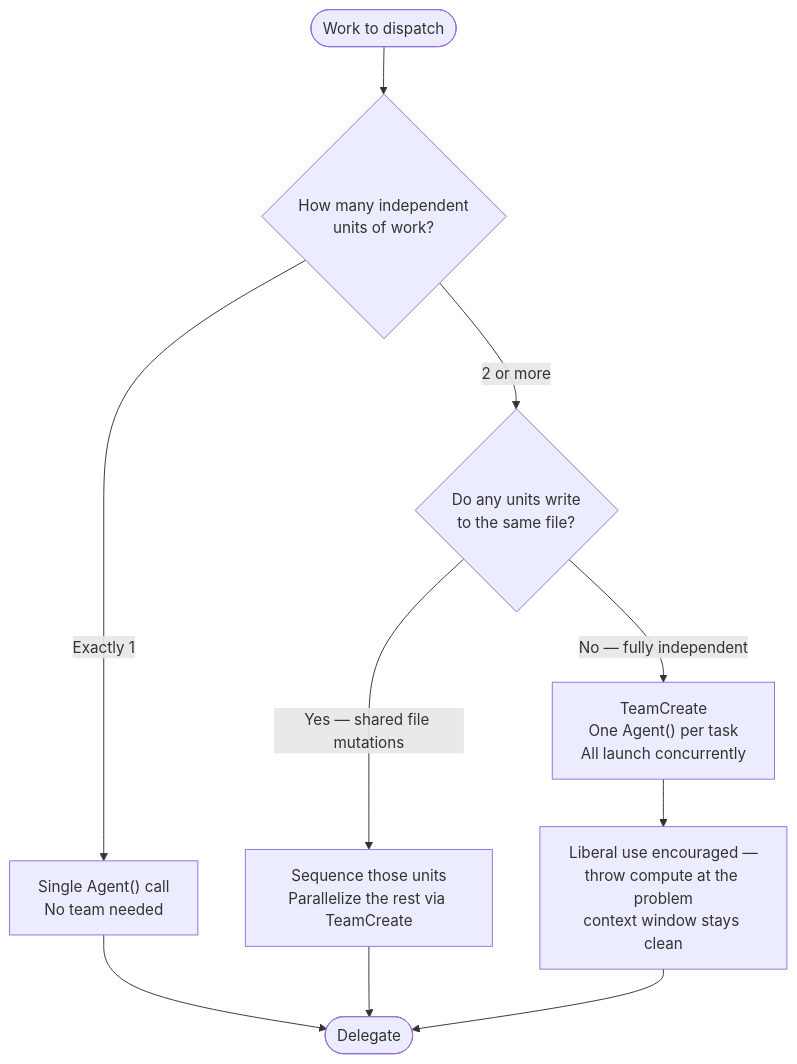
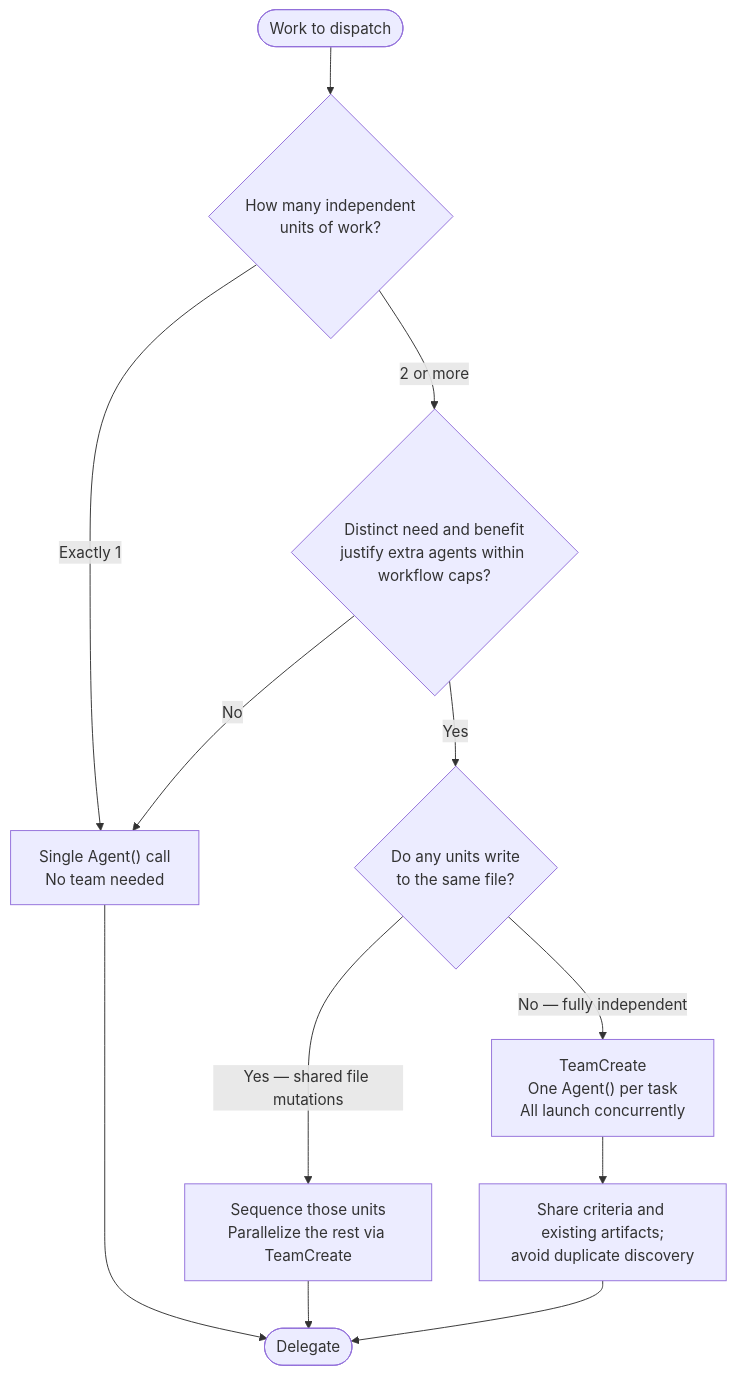
The eighth of 8 diagrams in plugins/agent-teams-workforce/skills/agent-orchestration/SKILL.md (mark-satterfield/toolset), drawn with Mermaid before and after one commit. The commit also changed other lines of this file and 9 other files, not shown here.

````diff
--- a/plugins/agent-teams-workforce/skills/agent-orchestration/SKILL.md
+++ b/plugins/agent-teams-workforce/skills/agent-orchestration/SKILL.md
@@ -736,15 +736,17 @@
 ```mermaid
 flowchart TD
     Start(["Work to dispatch"]) --> Q1{"How many independent<br>units of work?"}
     Q1 -->|"Exactly 1"| Single["Single Agent() call<br>No team needed"]
-    Q1 -->|"2 or more"| Q2
+    Q1 -->|"2 or more"| Benefit{"Distinct need and benefit<br>justify extra agents within workflow caps?"}
+    Benefit -->|"Yes"| Q2
+    Benefit -->|"No"| Single
 
     Q2{"Do any units write<br>to the same file?"}
     Q2 -->|"Yes — shared file mutations"| Serialize["Sequence those units<br>Parallelize the rest via TeamCreate"]
     Q2 -->|"No — fully independent"| Teams["TeamCreate<br>One Agent() per task<br>All launch concurrently"]
 
-    Teams --> Liberal["Liberal use encouraged —<br>throw compute at the problem<br>context window stays clean"]
+    Teams --> Liberal["Share criteria and existing artifacts;<br>avoid duplicate discovery"]
     Single --> Done(["Delegate"])
     Serialize --> Done
     Liberal --> Done
 ```
````
